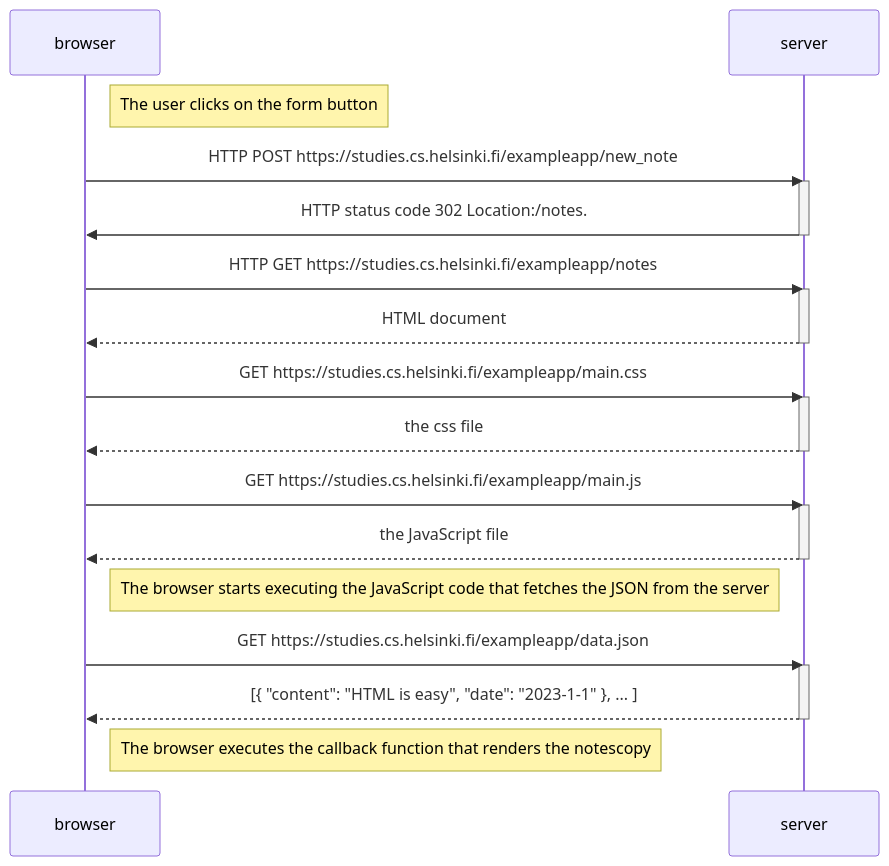
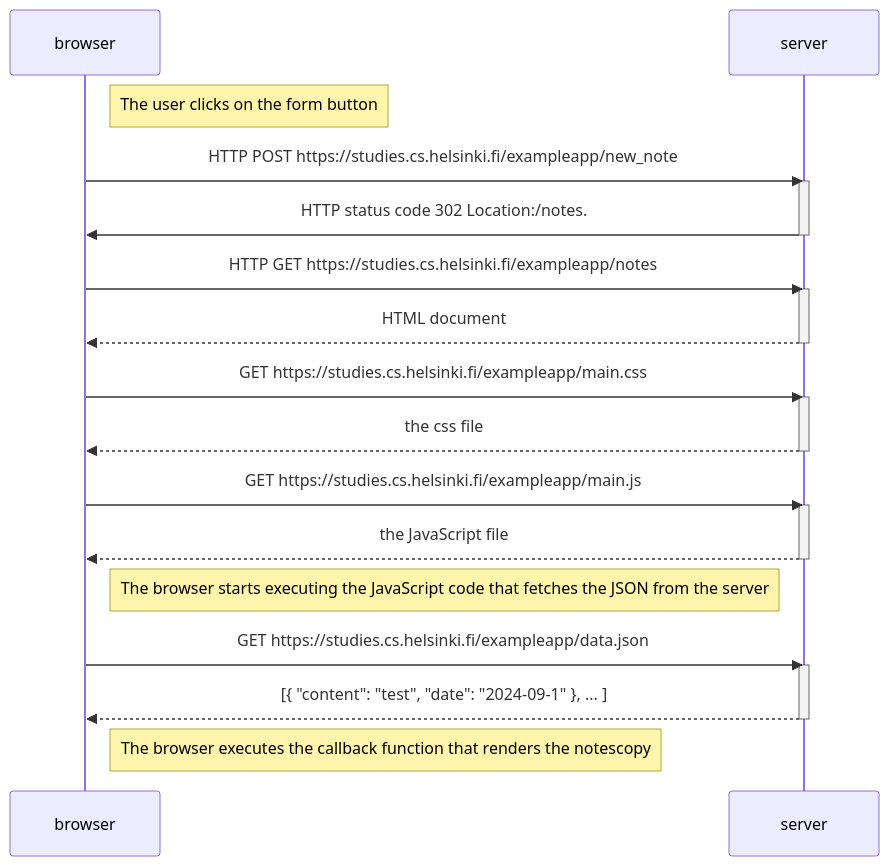
The diagram in part0/NewNoteDiagram.md (sloper00/FullstackOpen), drawn with Mermaid before and after one commit.

````diff
--- a/part0/NewNoteDiagram.md
+++ b/part0/NewNoteDiagram.md
@@ -1,37 +1,37 @@
 ```mermaid
  sequenceDiagram
     participant browser
     participant server
 
 Note right of browser:The user clicks on the form button
 browser->>server: HTTP POST https://studies.cs.helsinki.fi/exampleapp/new_note
 activate server
 server->>browser: HTTP status code 302 Location:/notes.
 deactivate server
 
 browser->>server: HTTP GET https://studies.cs.helsinki.fi/exampleapp/notes
 activate server
 server-->>browser: HTML document
 deactivate server
 
 browser->>server: GET https://studies.cs.helsinki.fi/exampleapp/main.css
 activate server
 server-->>browser: the css file
 deactivate server
 
 browser->>server: GET https://studies.cs.helsinki.fi/exampleapp/main.js
 activate server
 server-->>browser: the JavaScript file
 deactivate server
 
 Note right of browser: The browser starts executing the JavaScript code that fetches the JSON from the server
 
 browser->>server: GET https://studies.cs.helsinki.fi/exampleapp/data.json
 activate server
-server-->>browser: [{ "content": "HTML is easy", "date": "2023-1-1" }, ... ]
+server-->>browser: [{ "content": "test", "date": "2024-09-1" }, ... ]
 deactivate server
 
 Note right of browser: The browser executes the callback function that renders the notescopy
 
 
 ```
````
